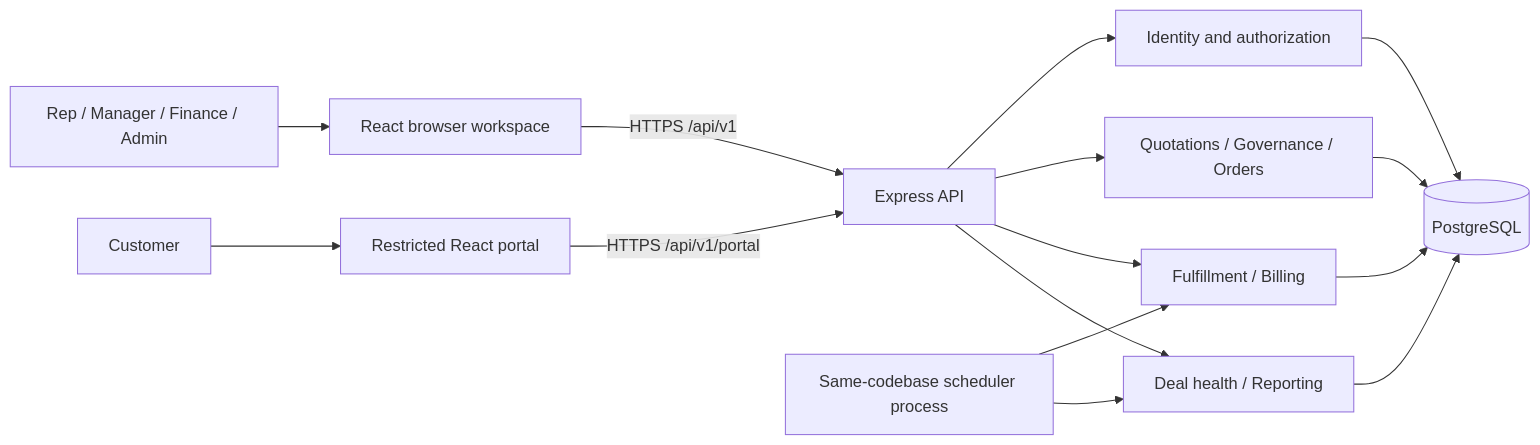
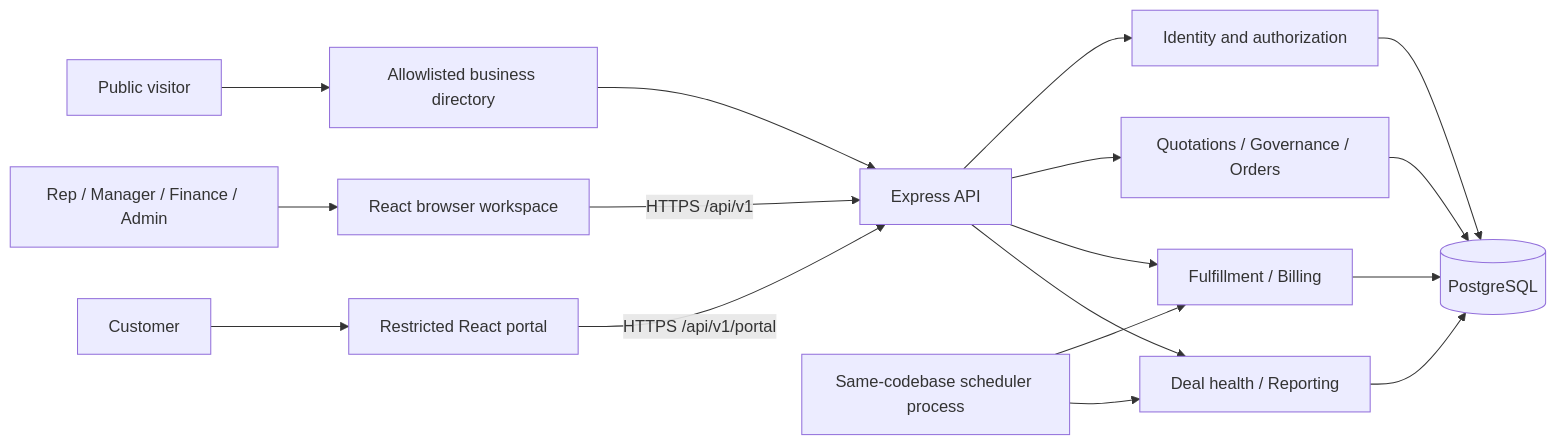
Before and after one commit to amartya1523/DealOS: the second of 3 diagrams in backend/docs/Architecture.md, drawn with Mermaid. The commit also changed other lines of this file and 24 other files, not shown here.

Commit message:
business directory and customer-initiated association request

````diff
--- a/backend/docs/Architecture.md
+++ b/backend/docs/Architecture.md
@@ -99,17 +101,19 @@
 ```mermaid
 flowchart LR
+    Visitor[Public visitor] --> Directory[Allowlisted business directory]
+    Directory --> API
     Internal[Rep / Manager / Finance / Admin] --> UI[React browser workspace]
     Customer[Customer] --> Portal[Restricted React portal]
     UI -->|HTTPS /api/v1| API[Express API]
     Portal -->|HTTPS /api/v1/portal| API
     API --> Identity[Identity and authorization]
     API --> Commercial[Quotations / Governance / Orders]
     API --> Operations[Fulfillment / Billing]
     API --> Insight[Deal health / Reporting]
     Commercial --> PG[(PostgreSQL)]
     Operations --> PG
     Identity --> PG
     Insight --> PG
     Scheduler[Same-codebase scheduler process] --> Operations
     Scheduler --> Insight
 ```
````
